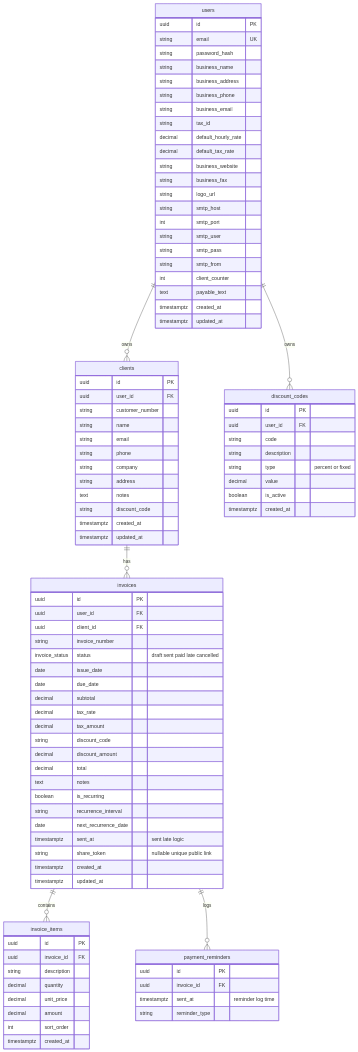
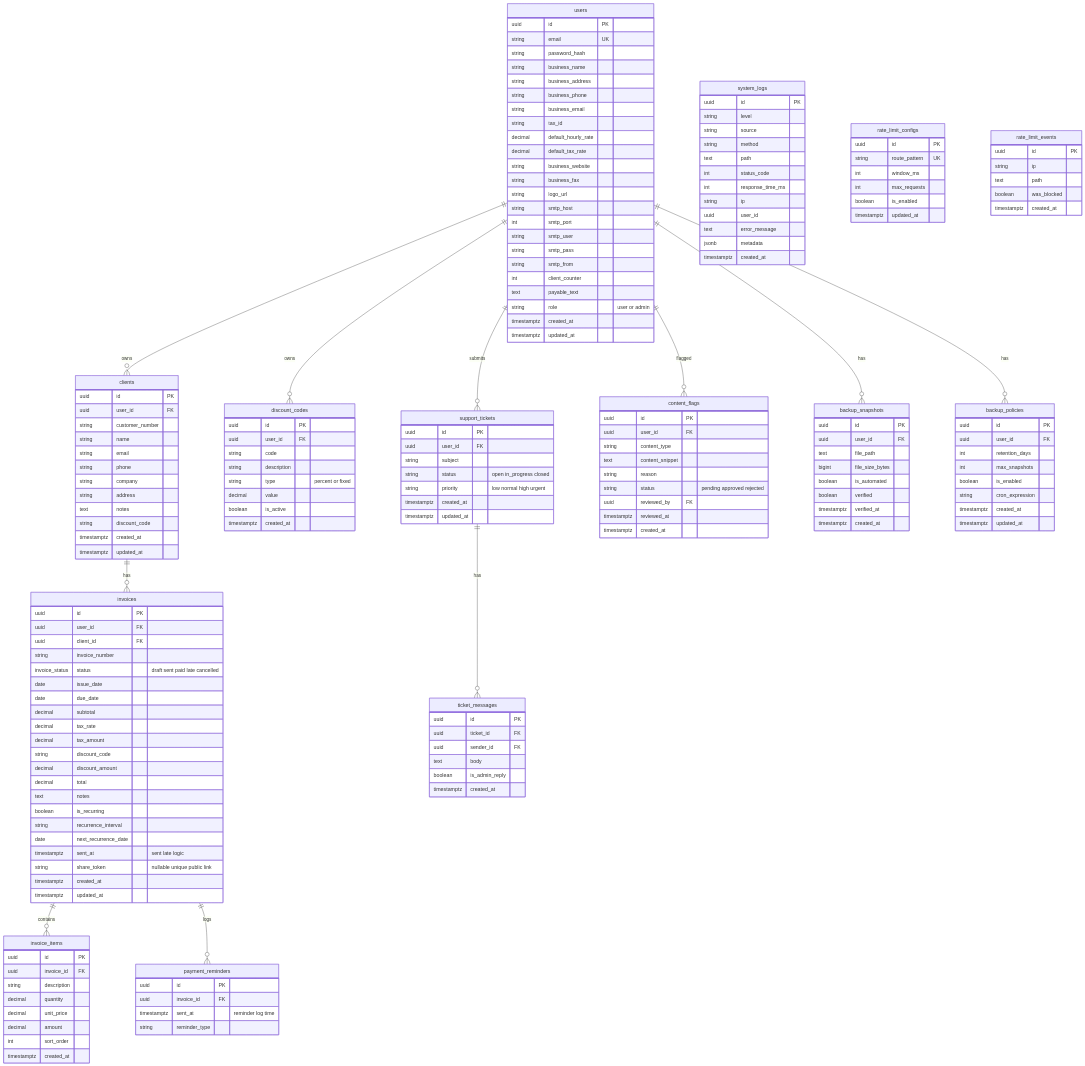
The diagram in docs/database/diagram.md (becomeonewiththecode/invoicing), drawn with Mermaid before and after one commit. The commit also changed 18 other files, not shown here.

````diff
--- a/docs/database/diagram.md
+++ b/docs/database/diagram.md
@@ -4,9 +4,14 @@
 erDiagram
   users ||--o{ clients : owns
   users ||--o{ discount_codes : owns
+  users ||--o{ support_tickets : submits
+  users ||--o{ content_flags : flagged
+  users ||--o{ backup_snapshots : has
+  users ||--o{ backup_policies : has
   clients ||--o{ invoices : has
   invoices ||--o{ invoice_items : contains
   invoices ||--o{ payment_reminders : logs
+  support_tickets ||--o{ ticket_messages : has
 
   users {
     uuid id PK
@@ -29,6 +34,7 @@
     string smtp_from
     int client_counter
     text payable_text
+    string role "user or admin"
     timestamptz created_at
     timestamptz updated_at
   }
@@ -100,4 +106,89 @@
     timestamptz sent_at "reminder log time"
     string reminder_type
   }
+
+  support_tickets {
+    uuid id PK
+    uuid user_id FK
+    string subject
+    string status "open in_progress closed"
+    string priority "low normal high urgent"
+    timestamptz created_at
+    timestamptz updated_at
+  }
+
+  ticket_messages {
+    uuid id PK
+    uuid ticket_id FK
+    uuid sender_id FK
+    text body
+    boolean is_admin_reply
+    timestamptz created_at
+  }
+
+  content_flags {
+    uuid id PK
+    uuid user_id FK
+    string content_type
+    text content_snippet
+    string reason
+    string status "pending approved rejected"
+    uuid reviewed_by FK
+    timestamptz reviewed_at
+    timestamptz created_at
+  }
+
+  backup_snapshots {
+    uuid id PK
+    uuid user_id FK
+    text file_path
+    bigint file_size_bytes
+    boolean is_automated
+    boolean verified
+    timestamptz verified_at
+    timestamptz created_at
+  }
+
+  backup_policies {
+    uuid id PK
+    uuid user_id FK
+    int retention_days
+    int max_snapshots
+    boolean is_enabled
+    string cron_expression
+    timestamptz created_at
+    timestamptz updated_at
+  }
+
+  system_logs {
+    uuid id PK
+    string level
+    string source
+    string method
+    text path
+    int status_code
+    int response_time_ms
+    string ip
+    uuid user_id
+    text error_message
+    jsonb metadata
+    timestamptz created_at
+  }
+
+  rate_limit_configs {
+    uuid id PK
+    string route_pattern UK
+    int window_ms
+    int max_requests
+    boolean is_enabled
+    timestamptz updated_at
+  }
+
+  rate_limit_events {
+    uuid id PK
+    string ip
+    text path
+    boolean was_blocked
+    timestamptz created_at
+  }
 ```
````
